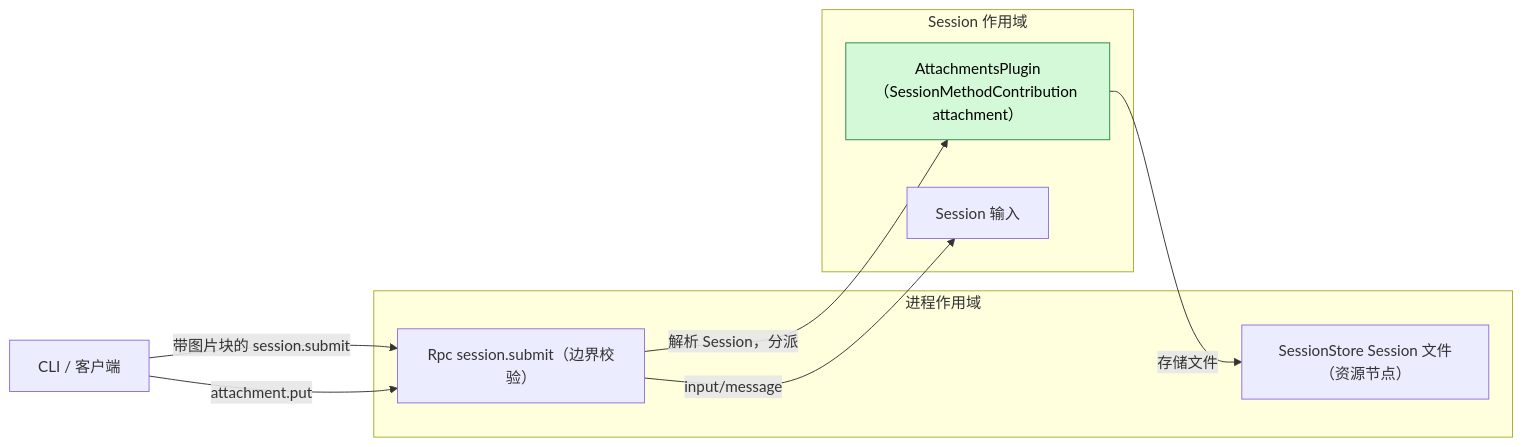
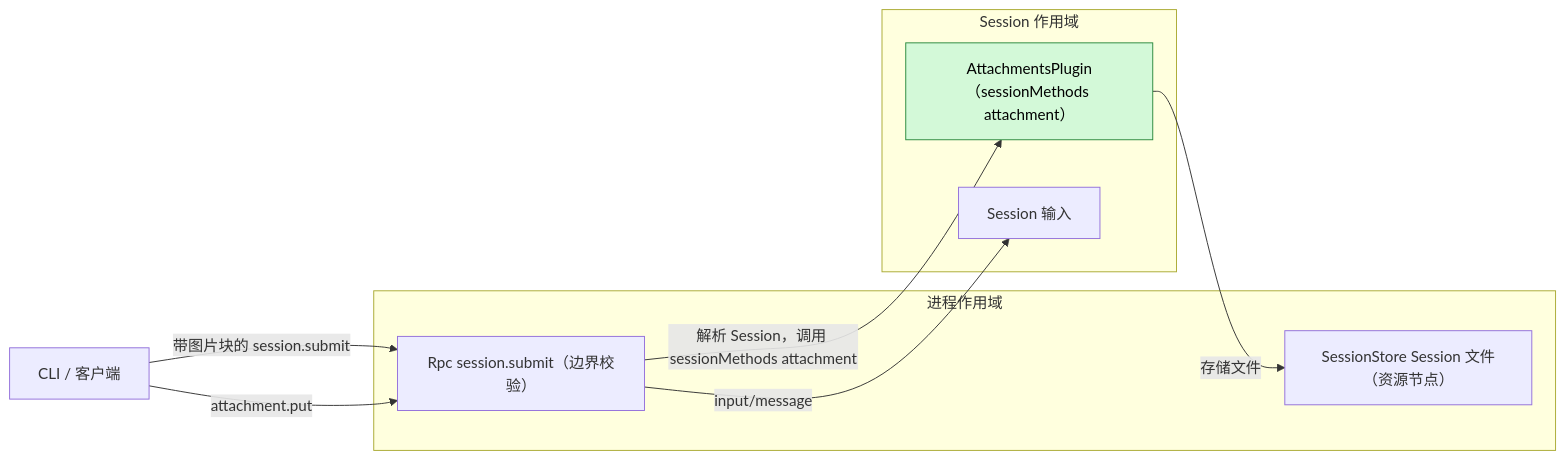
Before and after one commit to CoutinhoTTS/dim-agent: the first of 4 diagrams in docs/zh/design/plugins/Attachments.md, drawn with Mermaid. The commit also changed other lines of this file and 18 other files, not shown here.

````diff
--- a/docs/zh/design/plugins/Attachments.md
+++ b/docs/zh/design/plugins/Attachments.md
@@ -9,18 +9,18 @@
 ```mermaid
 flowchart LR
   CLI["CLI / 客户端"]
   subgraph P["进程作用域"]
     RPC["Rpc session.submit（边界校验）"]
     SS["SessionStore Session 文件（资源节点）"]
   end
   subgraph S["Session 作用域"]
-    AT["AttachmentsPlugin（SessionMethodContribution attachment）"]:::new
+    AT["AttachmentsPlugin（sessionMethods attachment）"]:::new
     SI["Session 输入"]
   end
   CLI -- "带图片块的 session.submit" --> RPC
   CLI -- "attachment.put" --> RPC
-  RPC -- "解析 Session，分派" --> AT
+  RPC -- "解析 Session，调用 sessionMethods attachment" --> AT
   AT -- "存储文件" --> SS
   RPC -- "input/message" --> SI
   classDef new fill:#d3f9d8,stroke:#2b8a3e,color:#000
 ```
````
